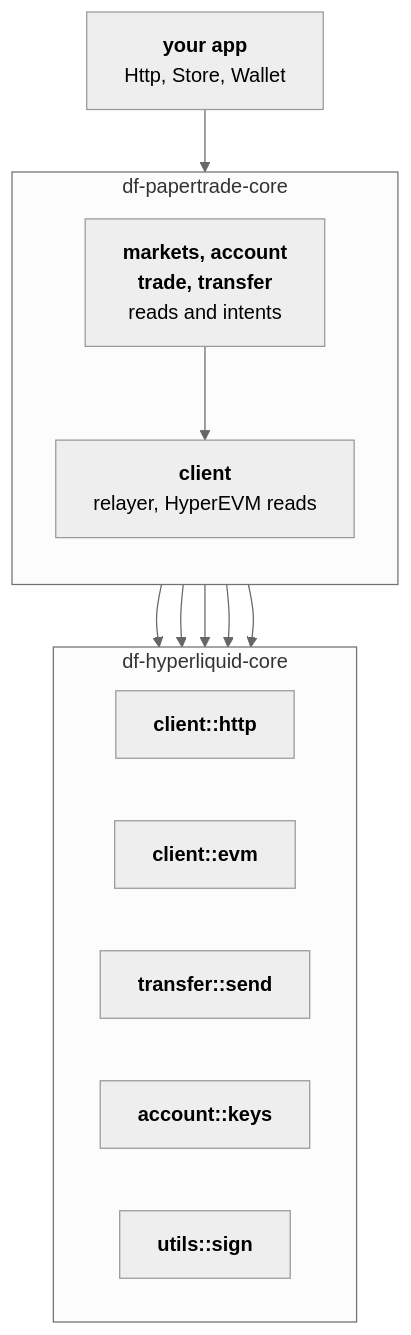
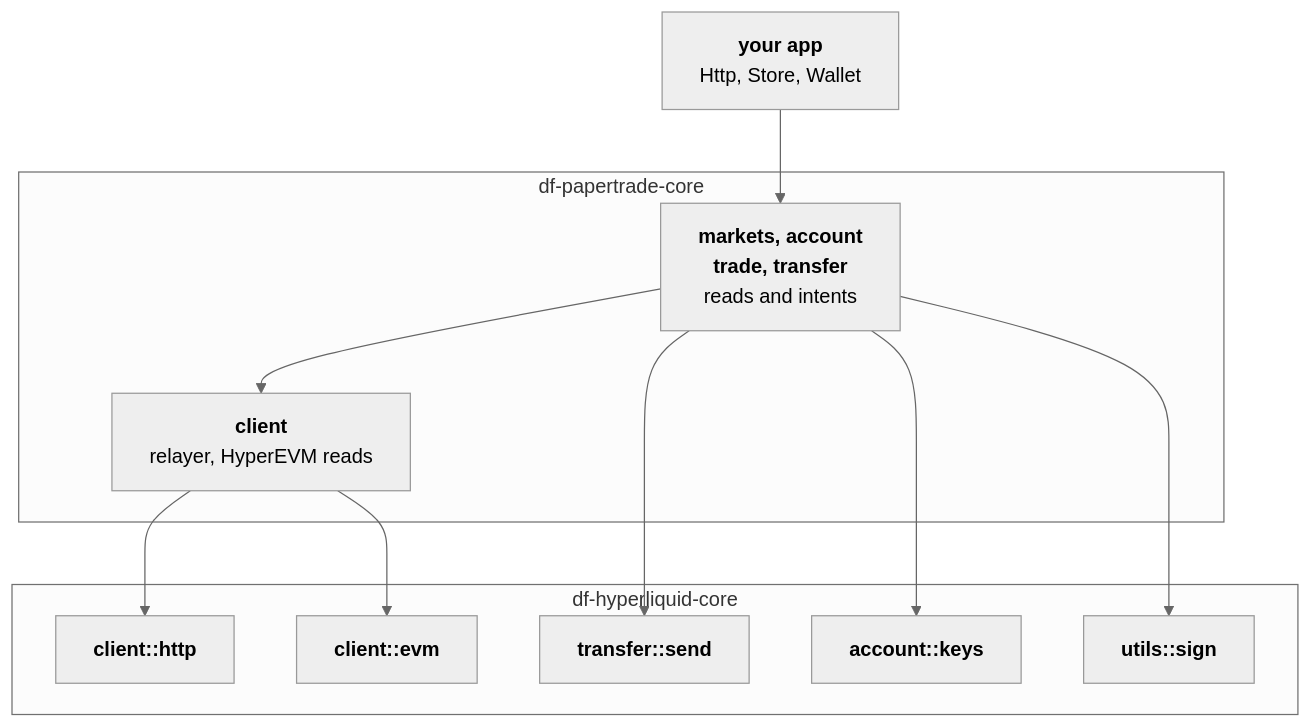
One commit to dennisfurrer/df-papertrade-core changed the diagram in README.md. Above: the diagram before and after it, drawn with Mermaid (neutral theme).

Commit message:
docs: chart for older mermaid

````diff
--- a/README.md
+++ b/README.md
@@ -36,27 +36,25 @@
 ```mermaid
-flowchart TB
+graph TB
     app["<b>your app</b><br/>Http, Store, Wallet"]
 
     subgraph sdk ["df-papertrade-core"]
-        direction TB
         domains["<b>markets, account</b><br/><b>trade, transfer</b><br/>reads and intents"]
         client["<b>client</b><br/>relayer, HyperEVM reads"]
     end
 
     subgraph hl ["df-hyperliquid-core"]
-        direction LR
         http["<b>client::http</b>"]
         evm["<b>client::evm</b>"]
         send["<b>transfer::send</b>"]
         keys["<b>account::keys</b>"]
         sign["<b>utils::sign</b>"]
     end
 
     app --> domains
     domains --> client
     client --> http
     client --> evm
     domains --> send
     domains --> keys
     domains --> sign
 ```
````
